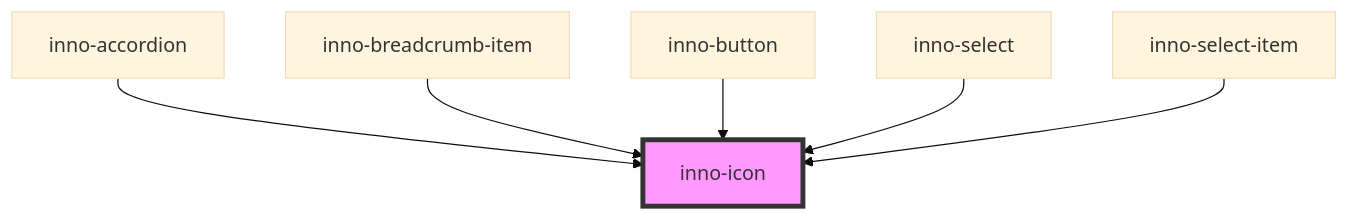
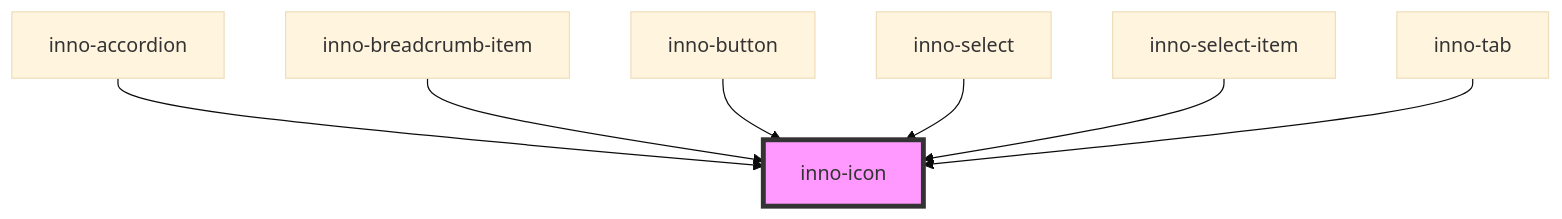
The diagram in packages/webdocs/docs/components/inno-icon/readme.md (innomotics/brand-experience), drawn with Mermaid (base theme) before and after one commit. The commit also changed other lines of this file and 18 other files, not shown here.

Commit message:
cleanup inno-tab

````diff
--- a/packages/webdocs/docs/components/inno-icon/readme.md
+++ b/packages/webdocs/docs/components/inno-icon/readme.md
@@ -59,9 +60,10 @@
 ```mermaid
 graph TD;
   inno-accordion --> inno-icon
   inno-breadcrumb-item --> inno-icon
   inno-button --> inno-icon
   inno-select --> inno-icon
   inno-select-item --> inno-icon
+  inno-tab --> inno-icon
   style inno-icon fill:#f9f,stroke:#333,stroke-width:4px
 ```
````
